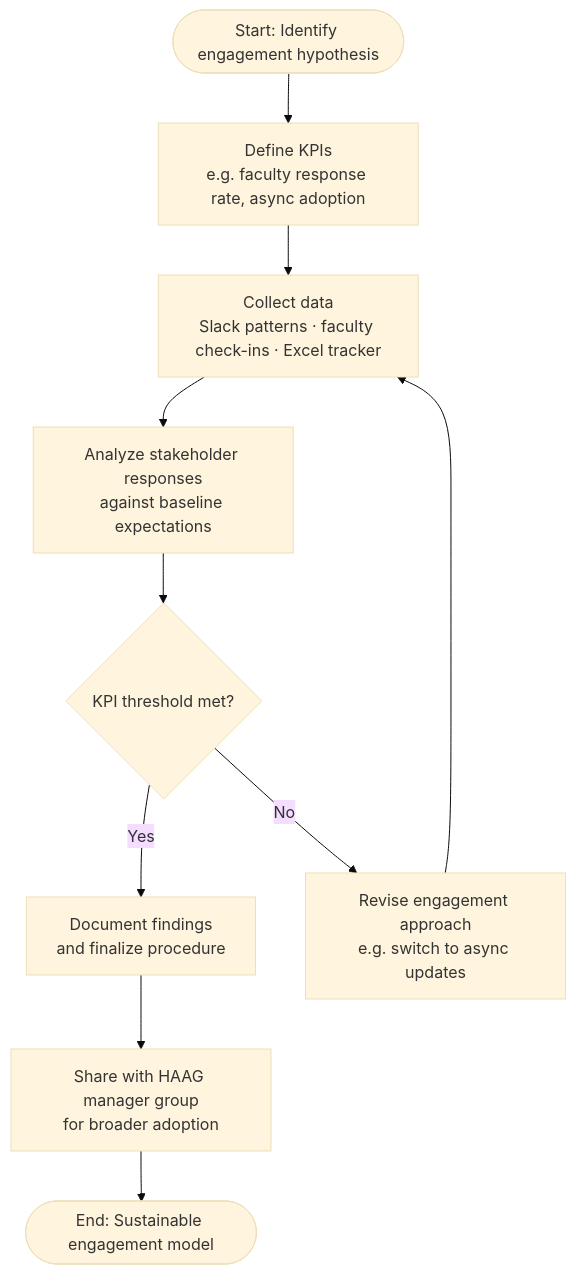
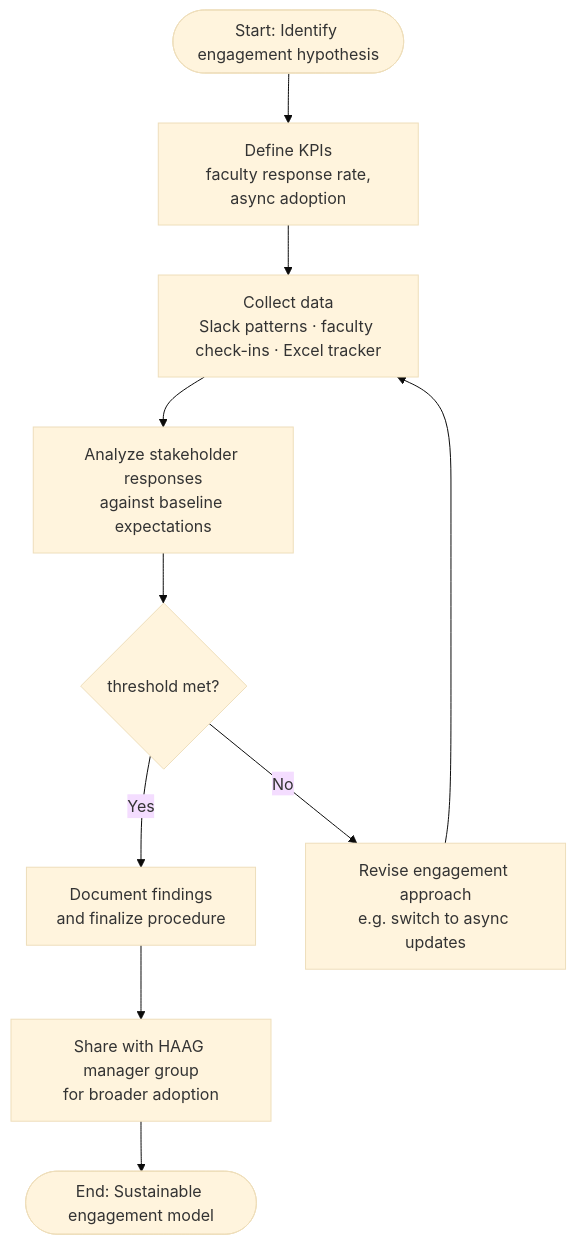
The diagram in Initiative_Mid_Semester_Report.md (kevinl2121/CS8803), drawn with Mermaid (base theme) before and after one commit.

Commit message:
Fix formatting in flowchart description

````diff
--- a/Initiative_Mid_Semester_Report.md
+++ b/Initiative_Mid_Semester_Report.md
@@ -22,12 +22,12 @@
 ```mermaid
 flowchart TD
-    A([Start: Identify engagement hypothesis]) --> B[Define KPIs\ne.g. faculty response rate, async adoption]
+    A([Start: Identify engagement hypothesis]) --> B[Define KPIs\n faculty response rate, async adoption]
     B --> C[Collect data\nSlack patterns · faculty check-ins · Excel tracker]
     C --> D[Analyze stakeholder responses\nagainst baseline expectations]
-    D --> E{KPI threshold met?}
+    D --> E{threshold met?}
     E -- Yes --> F[Document findings\nand finalize procedure]
     F --> G[Share with HAAG manager group\nfor broader adoption]
     G --> H([End: Sustainable engagement model])
     E -- No --> I[Revise engagement approach\ne.g. switch to async updates]
     I --> C
 ```
````
